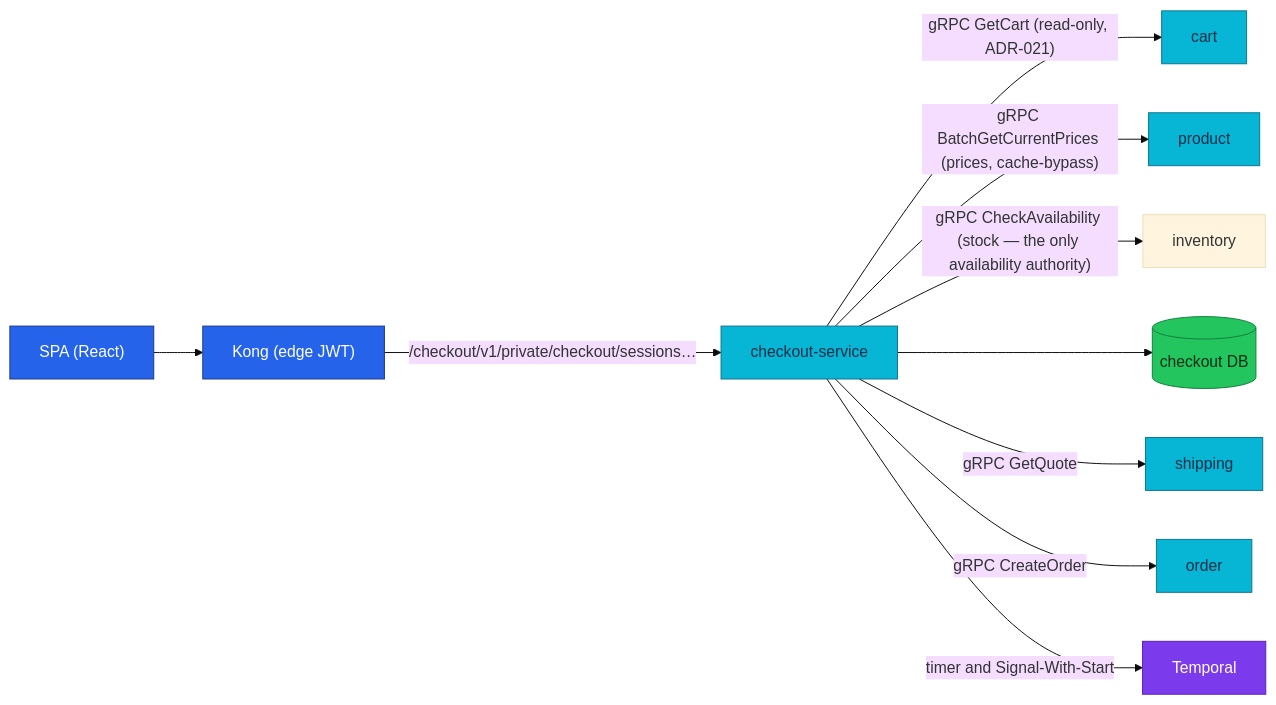
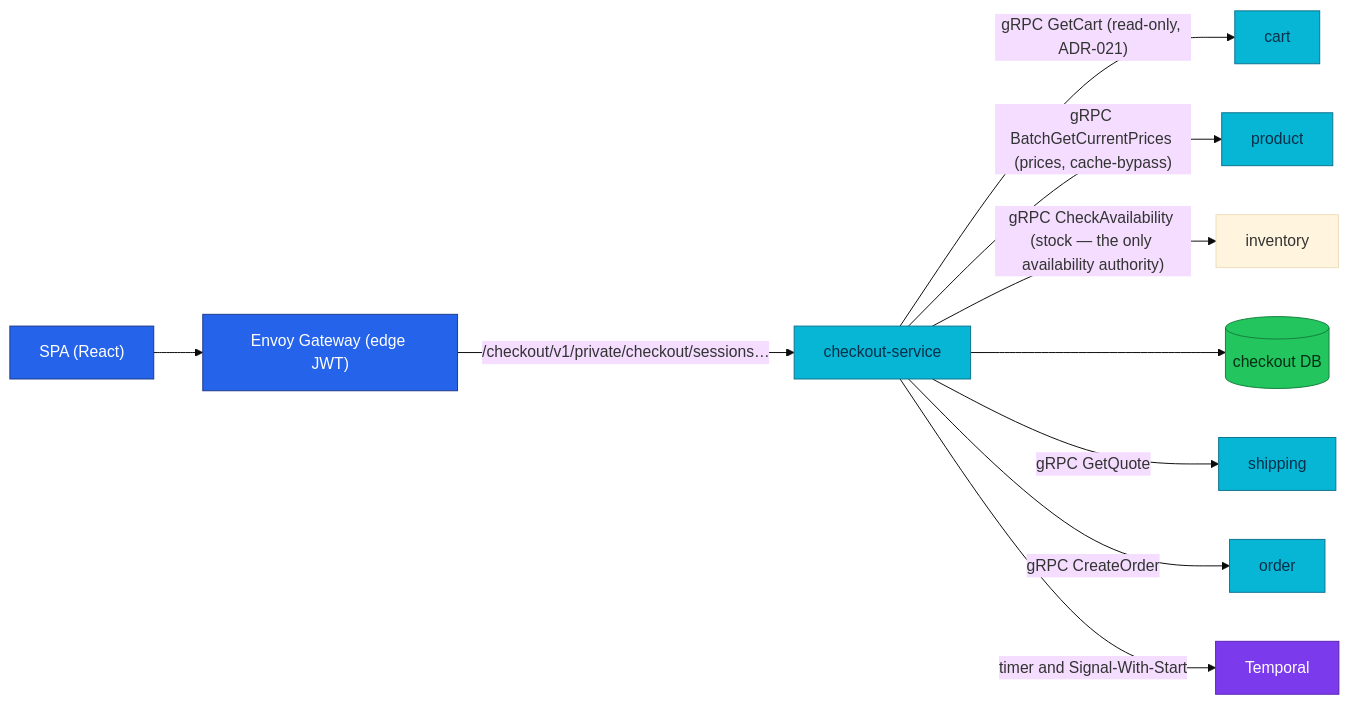
One commit to duynhlab/homelab changed the first of 2 diagrams in docs/api/checkout.md. Above: the diagram before and after it, drawn with Mermaid (base theme). The commit also changed other lines of this file and 28 other files, not shown here.

````diff
--- a/docs/api/checkout.md
+++ b/docs/api/checkout.md
@@ -58,21 +58,21 @@
 ```mermaid
 flowchart LR
-    SPA["SPA (React)"] --> Kong["Kong (edge JWT)"]
-    Kong -->|"/checkout/v1/private/checkout/sessions…"| CK["checkout-service"]
+    SPA["SPA (React)"] --> Edge["Envoy Gateway (edge JWT)"]
+    Edge -->|"/checkout/v1/private/checkout/sessions…"| CK["checkout-service"]
     CK -->|"gRPC GetCart (read-only, ADR-021)"| CART[cart]
     CK -->|"gRPC BatchGetCurrentPrices (prices, cache-bypass)"| PROD[product]
     CK -->|"gRPC CheckAvailability (stock — the only availability authority)"| INV[inventory]
     CK --> DB[(checkout DB)]
     CK -->|"gRPC GetQuote"| SHIP[shipping]
     CK -->|"gRPC CreateOrder"| ORD[order]
     CK -->|"timer and Signal-With-Start"| TMP[Temporal]
 
     classDef edge fill:#2563eb,color:#fff,stroke:#1e3a8a;
     classDef service fill:#06b6d4,color:#082f49,stroke:#0e7490;
     classDef platform fill:#7c3aed,color:#fff,stroke:#5b21b6;
     classDef data fill:#22c55e,color:#052e16,stroke:#15803d;
-    class SPA,Kong edge;
+    class SPA,Edge edge;
     class CK,CART,PROD,SHIP,ORD service;
     class TMP platform;
     class DB data;
 ```
````
